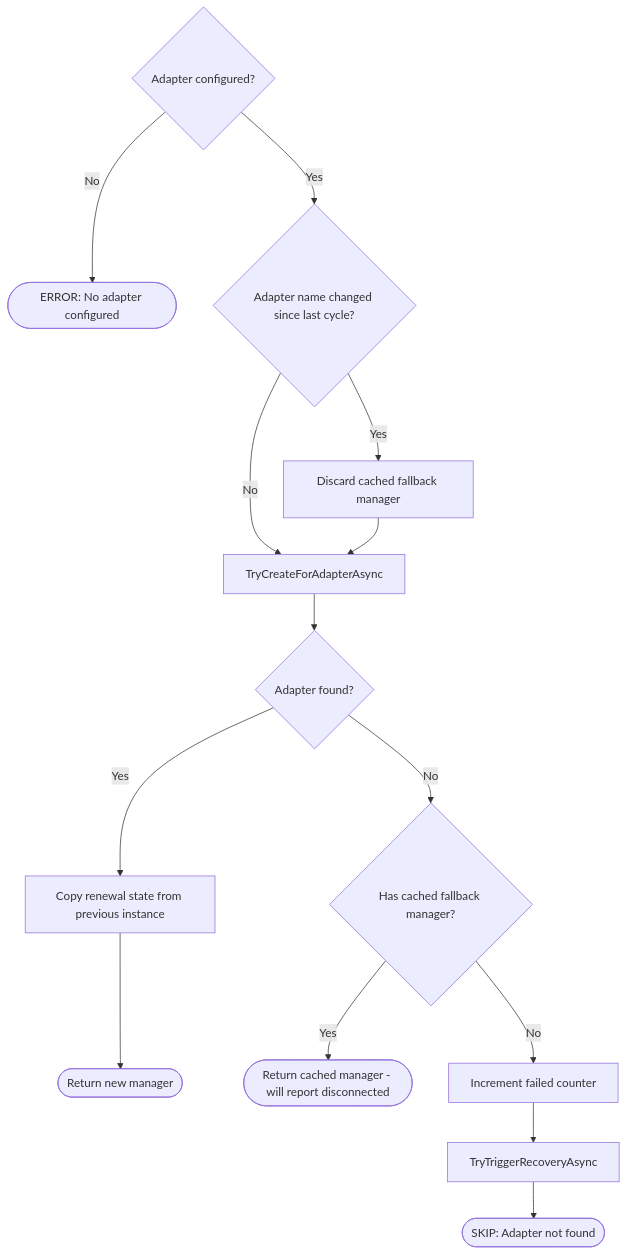
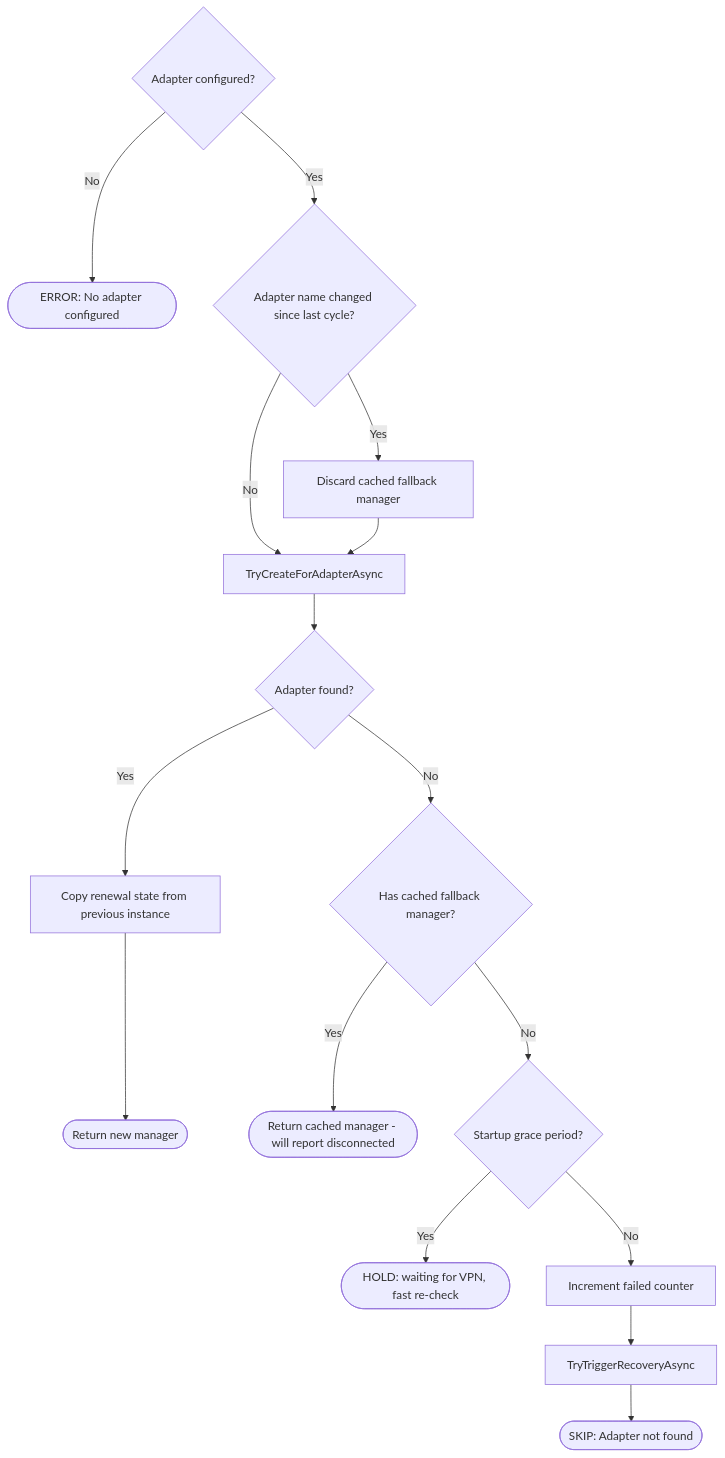
The second of 2 diagrams in docs/SYNC-CYCLE.md (martsg666/qbPortWeaver), drawn with Mermaid before and after one commit. The commit also changed other lines of this file and 1 other file, not shown here.

Commit message:
Document startup grace period in README and sync-cycle doc

````diff
--- a/docs/SYNC-CYCLE.md
+++ b/docs/SYNC-CYCLE.md
@@ -85,16 +87,18 @@
 ```mermaid
 flowchart TD
     A{Adapter configured?} -- No --> ERR([ERROR: No adapter configured])
     A -- Yes --> B{Adapter name changed since last cycle?}
     B -- Yes --> DISCARD[Discard cached fallback manager]
     B -- No --> C
     DISCARD --> C[TryCreateForAdapterAsync]
     C --> D{Adapter found?}
     D -- Yes --> COPY[Copy renewal state from previous instance]
     COPY --> RETURN([Return new manager])
     D -- No --> E{Has cached fallback manager?}
     E -- Yes --> FALLBACK([Return cached manager - will report disconnected])
-    E -- No --> F[Increment failed counter]
+    E -- No --> GRACE{Startup grace period?}
+    GRACE -- Yes --> HOLD([HOLD: waiting for VPN, fast re-check])
+    GRACE -- No --> F[Increment failed counter]
     F --> G[TryTriggerRecoveryAsync]
     G --> SKIP_STATUS([SKIP: Adapter not found])
 ```
````
